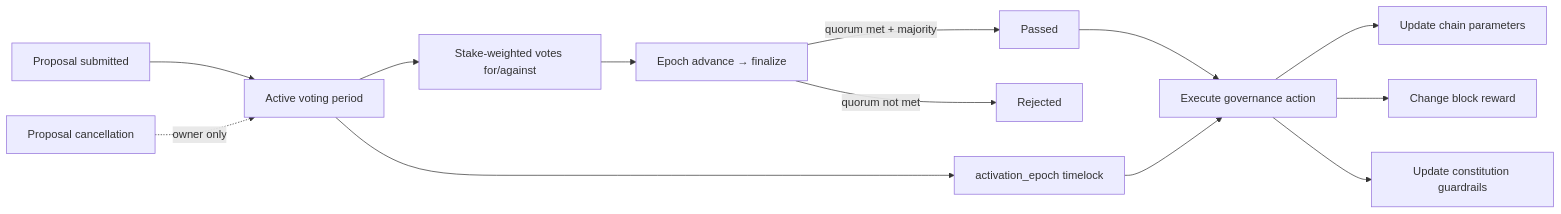
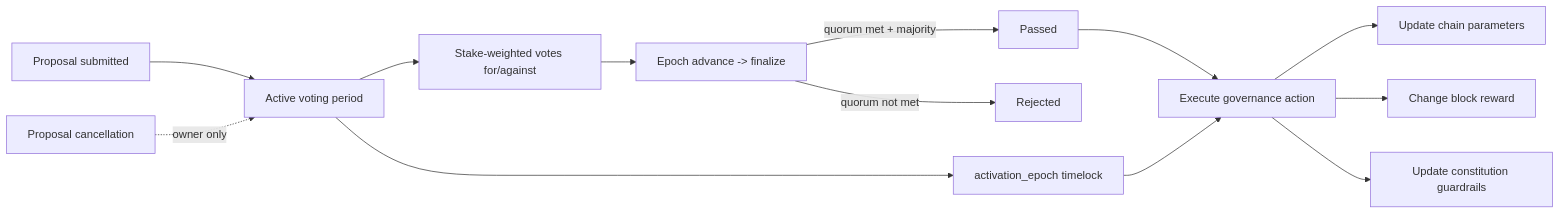
One commit to budlum-xyz/budlum changed diagram 28 of 51 in docs/ARCHITECTURE.md. Above: the diagram before and after it, drawn with Mermaid. The commit also changed other lines of this file, not shown here.

````diff
--- a/docs/ARCHITECTURE.md
+++ b/docs/ARCHITECTURE.md
@@ -941,15 +941,15 @@
 ```mermaid
 flowchart LR
   Propose[Proposal submitted] --> Active[Active voting period]
   Active --> Vote[Stake-weighted votes for/against]
   Active --> Timelock[activation_epoch timelock]
-  Vote --> Finalize[Epoch advance → finalize]
+  Vote --> Finalize[Epoch advance -> finalize]
   Finalize -->|quorum met + majority| Passed[Passed]
   Finalize -->|quorum not met| Rejected[Rejected]
   Passed --> Execute[Execute governance action]
   Timelock --> Execute
   Execute --> Params[Update chain parameters]
   Execute --> BlockReward[Change block reward]
   Execute --> Constitution[Update constitution guardrails]
   Cancel[Proposal cancellation] -. owner only .-> Active
 ```
````
